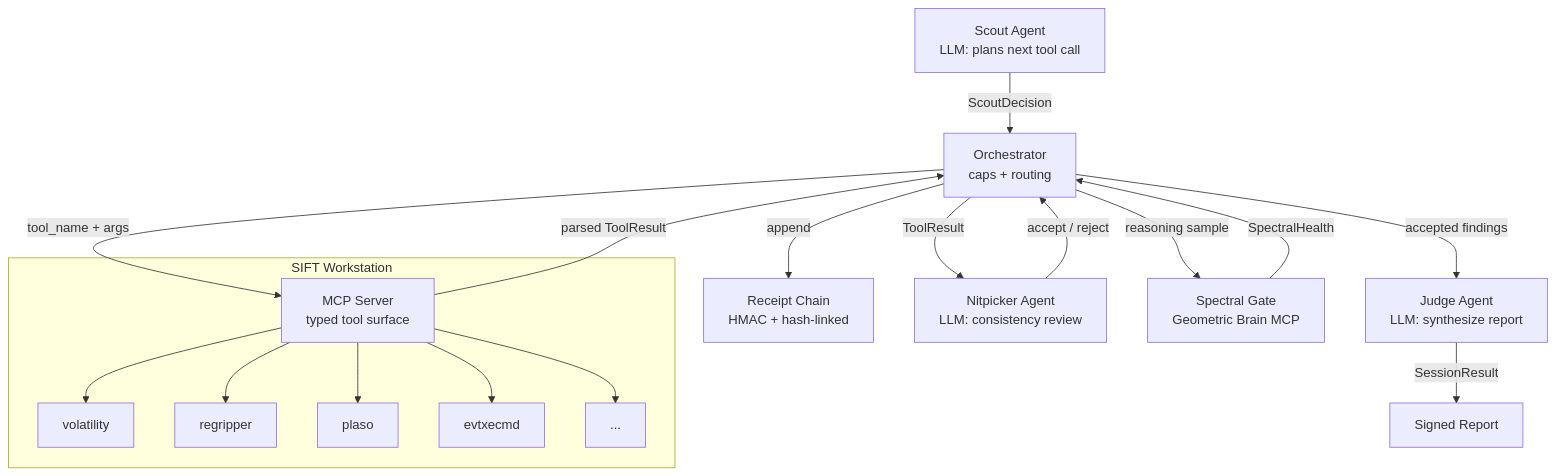
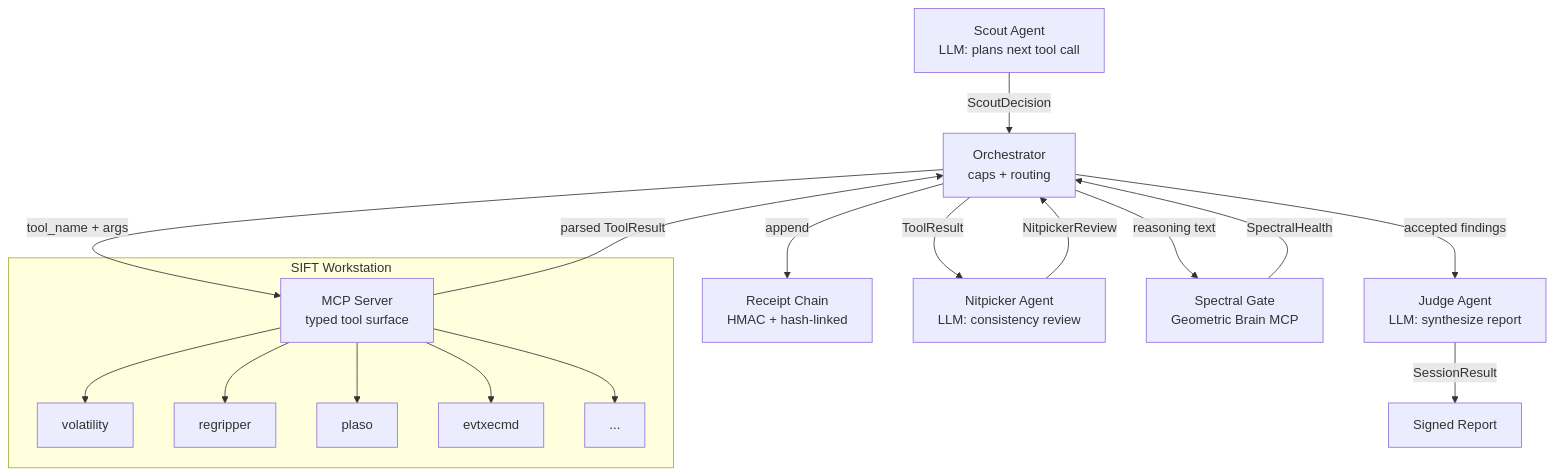
Before and after one commit to holeyfield33-art/aletheia-sentinel: the diagram in docs/architecture.md, drawn with Mermaid. The commit also changed other lines of this file and 18 other files, not shown here.

First line of the commit message:
feat(spectral): live geometric-brain wiring + reasoning-text health checks (#5)

````diff
--- a/docs/architecture.md
+++ b/docs/architecture.md
@@ -5,21 +5,21 @@
 ```mermaid
 flowchart TD
     A[Scout Agent\nLLM: plans next tool call] -->|ScoutDecision| B[Orchestrator\ncaps + routing]
     B -->|tool_name + args| C[MCP Server\ntyped tool surface]
     C -->|parsed ToolResult| B
     B -->|append| D[Receipt Chain\nHMAC + hash-linked]
     B -->|ToolResult| E[Nitpicker Agent\nLLM: consistency review]
-    E -->|accept / reject| B
-    B -->|reasoning sample| F[Spectral Gate\nGeometric Brain MCP]
+    E -->|NitpickerReview| B
+    B -->|reasoning text| F[Spectral Gate\nGeometric Brain MCP]
     F -->|SpectralHealth| B
     B -->|accepted findings| G[Judge Agent\nLLM: synthesize report]
     G -->|SessionResult| H[Signed Report]
 
     subgraph SIFT Workstation
         C --> I[volatility]
         C --> J[regripper]
         C --> K[plaso]
         C --> L[evtxecmd]
         C --> M[...]
     end
 ```
````
